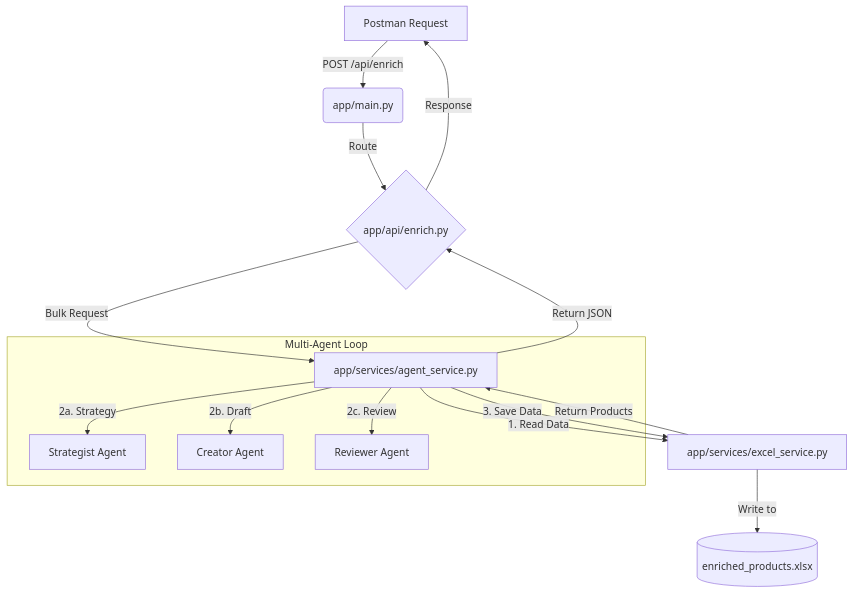
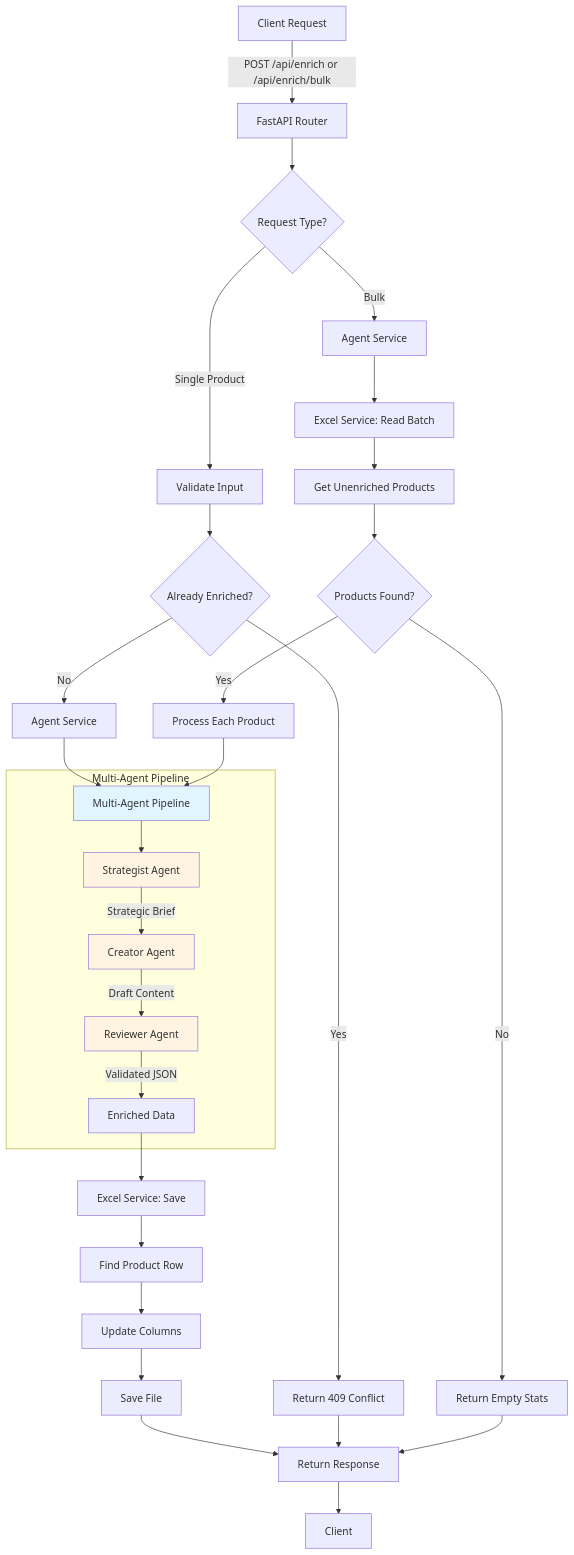
The diagram in PROCESS_FLOW.md (Yukta-Ramp/Enrich-Product), drawn with Mermaid before and after one commit. The commit also changed other lines of this file and 6 other files, not shown here.

````diff
--- a/PROCESS_FLOW.md
+++ b/PROCESS_FLOW.md
@@ -49,22 +152,43 @@
 ```mermaid
 graph TD
-    A[Postman Request] -->|POST /api/enrich| B(app/main.py)
-    B -->|Route| C{app/api/enrich.py}
+    A[Client Request] -->|POST /api/enrich or /api/enrich/bulk| B[FastAPI Router]
+    B --> C{Request Type?}
     
-    C -->|Bulk Request| D[app/services/agent_service.py]
+    C -->|Single Product| D[Validate Input]
+    C -->|Bulk| E[Agent Service]
     
-    D -->|1. Read Data| E[app/services/excel_service.py]
-    E -->|Return Products| D
+    D --> F{Already Enriched?}
+    F -->|Yes| G[Return 409 Conflict]
+    F -->|No| H[Agent Service]
     
-    subgraph Multi-Agent Loop
-        D -->|2a. Strategy| F[Strategist Agent]
-        D -->|2b. Draft| G[Creator Agent]
-        D -->|2c. Review| H[Reviewer Agent]
+    E --> I[Excel Service: Read Batch]
+    I --> J[Get Unenriched Products]
+    J --> K{Products Found?}
+    K -->|No| L[Return Empty Stats]
+    K -->|Yes| M[Process Each Product]
+    
+    H --> N[Multi-Agent Pipeline]
+    M --> N
+    
+    subgraph "Multi-Agent Pipeline"
+        N --> O[Strategist Agent]
+        O -->|Strategic Brief| P[Creator Agent]
+        P -->|Draft Content| Q[Reviewer Agent]
+        Q -->|Validated JSON| R[Enriched Data]
     end
     
-    D -->|3. Save Data| E
-    E -->|Write to| I[(enriched_products.xlsx)]
+    R --> S[Excel Service: Save]
+    S --> T[Find Product Row]
+    T --> U[Update Columns]
+    U --> V[Save File]
     
-    D -->|Return JSON| C
-    C -->|Response| A
+    V --> W[Return Response]
+    G --> W
+    L --> W
+    W --> X[Client]
+    
+    style N fill:#e1f5ff
+    style O fill:#fff4e1
+    style P fill:#fff4e1
+    style Q fill:#fff4e1
 ```
````
